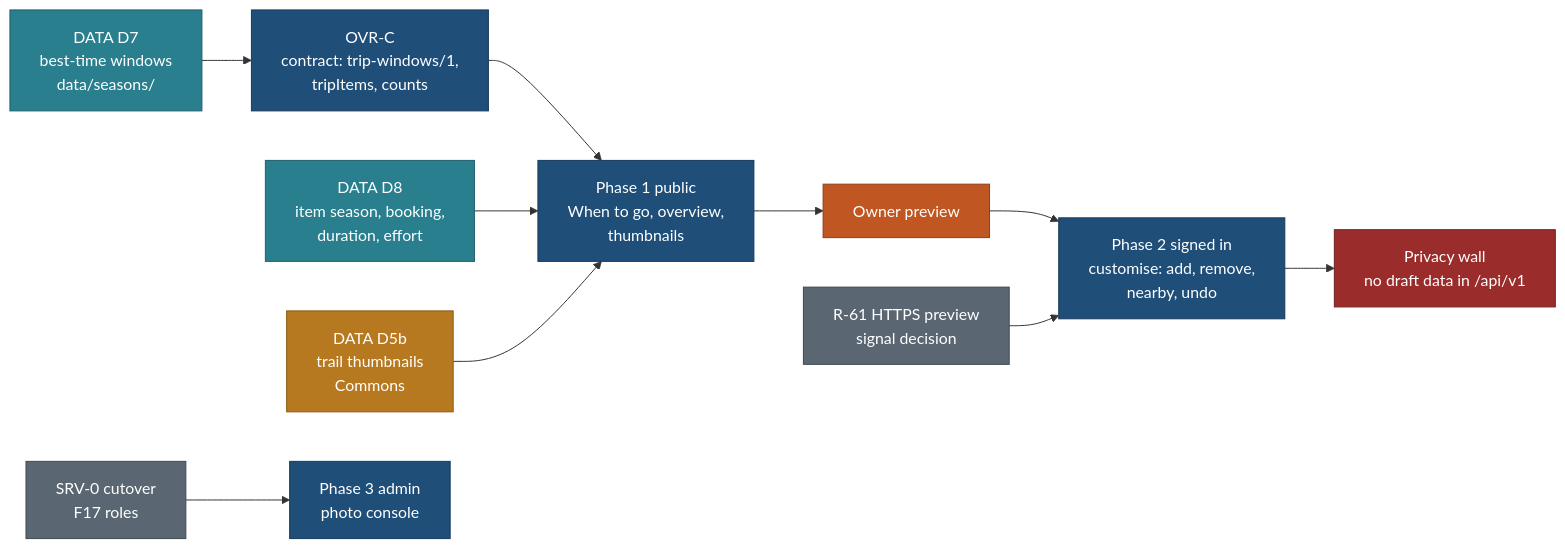
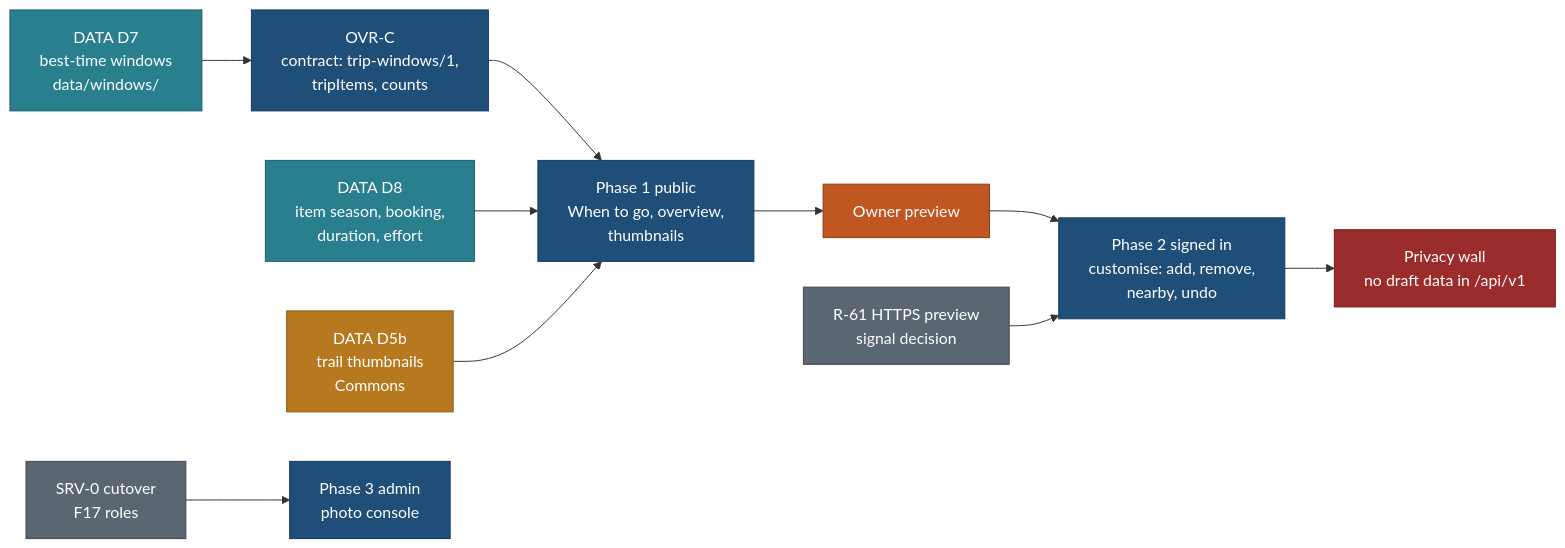
Before and after one commit to nitin27may/travel: the diagram in docs/v2/features/trip-overview-and-customisation.md, drawn with Mermaid. The commit also changed other lines of this file and 14 other files, not shown here.

First line of the commit message:
docs(DATA-RECON): one tracked data roadmap; renumber DATA-L1 rows; unify the stay-bases specs; windows to data/windows

````diff
--- a/docs/v2/features/trip-overview-and-customisation.md
+++ b/docs/v2/features/trip-overview-and-customisation.md
@@ -56,29 +56,29 @@
 ```mermaid
 flowchart LR
   classDef core fill:#1F4E79,stroke:#163A5A,color:#FFFFFF
   classDef data fill:#2A7F8F,stroke:#1E5F6B,color:#FFFFFF
   classDef ext fill:#B7791F,stroke:#8A5A12,color:#FFFFFF
   classDef gate fill:#C05621,stroke:#8C3E17,color:#FFFFFF
   classDef infra fill:#5A6772,stroke:#3E4850,color:#FFFFFF
   classDef err fill:#9B2C2C,stroke:#6E1F1F,color:#FFFFFF
 
-  D7["DATA D7<br/>best-time windows<br/>data/seasons/"]:::data
+  D7["DATA D7<br/>best-time windows<br/>data/windows/"]:::data
   D8["DATA D8<br/>item season, booking,<br/>duration, effort"]:::data
   D5b["DATA D5b<br/>trail thumbnails<br/>Commons"]:::ext
   C["OVR-C<br/>contract: trip-windows/1,<br/>tripItems, counts"]:::core
   P1["Phase 1 public<br/>When to go, overview,<br/>thumbnails"]:::core
   G1["Owner preview"]:::gate
   R61["R-61 HTTPS preview<br/>signal decision"]:::infra
   P2["Phase 2 signed in<br/>customise: add, remove,<br/>nearby, undo"]:::core
   SRV["SRV-0 cutover<br/>F17 roles"]:::infra
   P3["Phase 3 admin<br/>photo console"]:::core
   PRIV["Privacy wall<br/>no draft data in /api/v1"]:::err
 
   D7 --> C --> P1
   D8 --> P1
   D5b --> P1
   P1 --> G1 --> P2
   R61 --> P2
   P2 --> PRIV
   SRV --> P3
 ```
````
